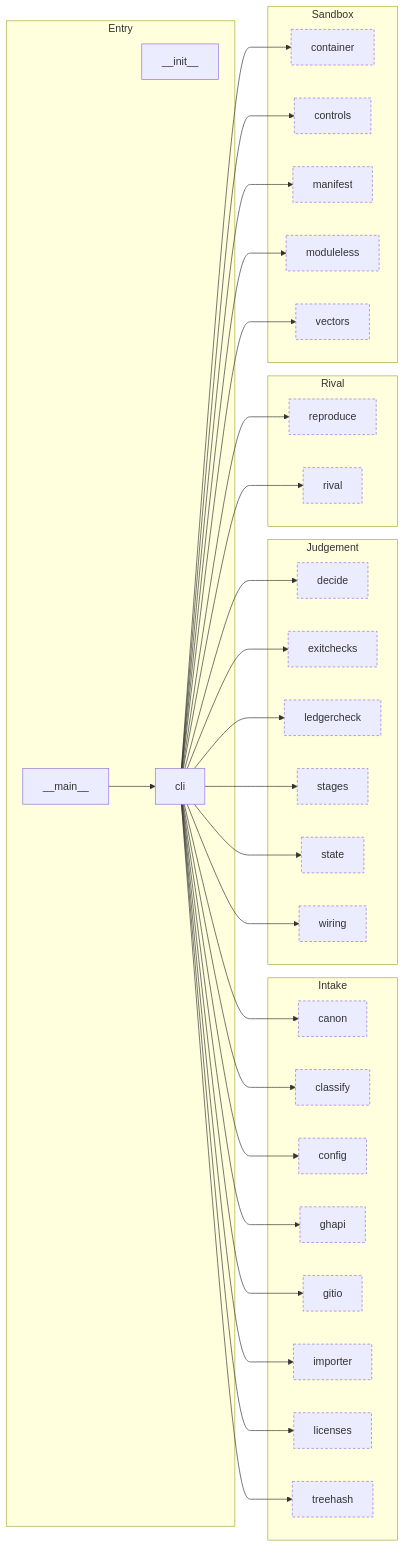
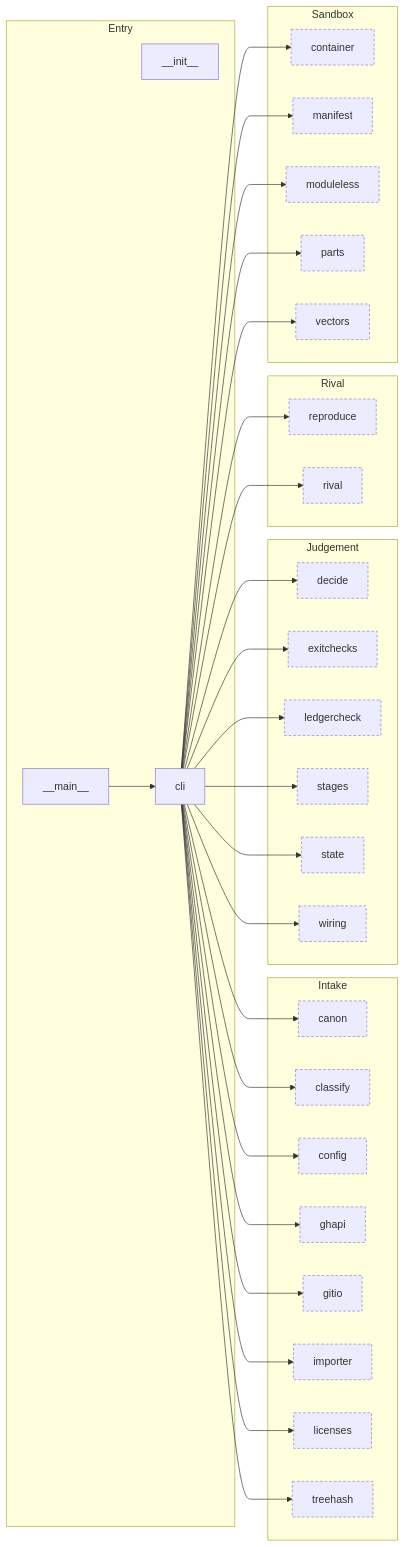
One commit to Okan-wqm/snowball-mcp changed the third of 8 diagrams in docs/harita.md. Above: the diagram before and after it, drawn with Mermaid. The commit also changed other lines of this file and 12 other files, not shown here.

````diff
--- a/docs/harita.md
+++ b/docs/harita.md
@@ -99,60 +102,60 @@
 ```mermaid
 flowchart LR
   subgraph a_Entry["Entry"]
     m___init__["__init__"]
     m___main__["__main__"]
     m_cli["cli"]
   end
   subgraph a_Intake["Intake"]
     m_canon["canon"]:::outside
     m_classify["classify"]:::outside
     m_config["config"]:::outside
     m_ghapi["ghapi"]:::outside
     m_gitio["gitio"]:::outside
     m_importer["importer"]:::outside
     m_licenses["licenses"]:::outside
     m_treehash["treehash"]:::outside
   end
   subgraph a_Judgement["Judgement"]
     m_decide["decide"]:::outside
     m_exitchecks["exitchecks"]:::outside
     m_ledgercheck["ledgercheck"]:::outside
     m_stages["stages"]:::outside
     m_state["state"]:::outside
     m_wiring["wiring"]:::outside
   end
   subgraph a_Rival["Rival"]
     m_reproduce["reproduce"]:::outside
     m_rival["rival"]:::outside
   end
   subgraph a_Sandbox["Sandbox"]
     m_container["container"]:::outside
-    m_controls["controls"]:::outside
     m_manifest["manifest"]:::outside
     m_moduleless["moduleless"]:::outside
+    m_parts["parts"]:::outside
     m_vectors["vectors"]:::outside
   end
   m___main__ --> m_cli
   m_cli --> m_canon
   m_cli --> m_classify
   m_cli --> m_config
   m_cli --> m_container
-  m_cli --> m_controls
   m_cli --> m_decide
   m_cli --> m_exitchecks
   m_cli --> m_ghapi
   m_cli --> m_gitio
   m_cli --> m_importer
   m_cli --> m_ledgercheck
   m_cli --> m_licenses
   m_cli --> m_manifest
   m_cli --> m_moduleless
+  m_cli --> m_parts
   m_cli --> m_reproduce
   m_cli --> m_rival
   m_cli --> m_stages
   m_cli --> m_state
   m_cli --> m_treehash
   m_cli --> m_vectors
   m_cli --> m_wiring
   classDef outside stroke-dasharray: 4 3
 ```
````
